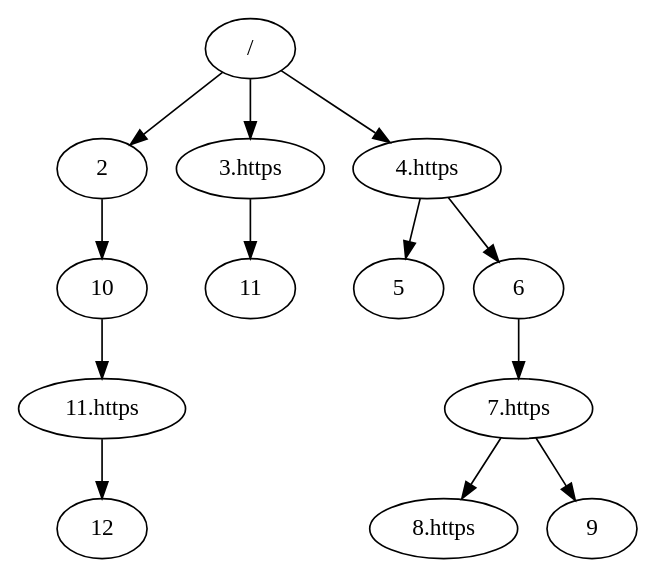
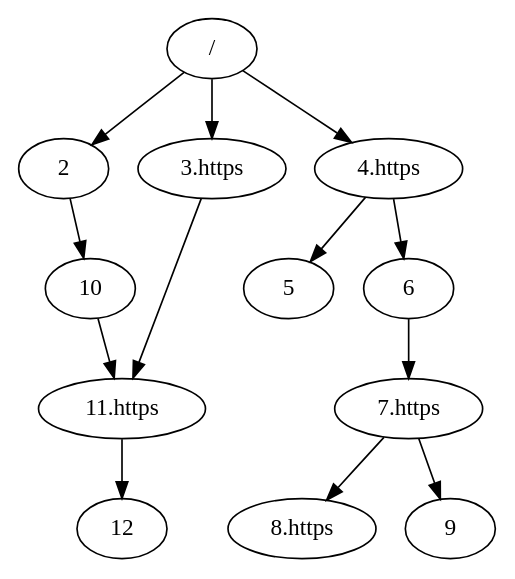
Before and after one commit to ravinet/dependency_caching: the diagram in dotToJson/test1.dot, drawn with Graphviz. The commit also changed 1 other file, not shown here.

```diff
--- a/dotToJson/test1.dot
+++ b/dotToJson/test1.dot
@@ -1,16 +1,16 @@
 strict digraph G {
 ratio=compress;
 concentrate=true;
 "/" -> "2";
 "/" -> "3.https";
 "/" -> "4.https";
 "4.https" -> "5";
 "4.https" -> "6";
-"3.https" -> "11";
+"3.https" -> "11.https";
 "6" -> "7.https";
 "7.https" -> "8.https";
 "7.https" -> "9";
 "2" -> "10";
 "10" -> "11.https";
 "11.https" -> "12";
 }
```
